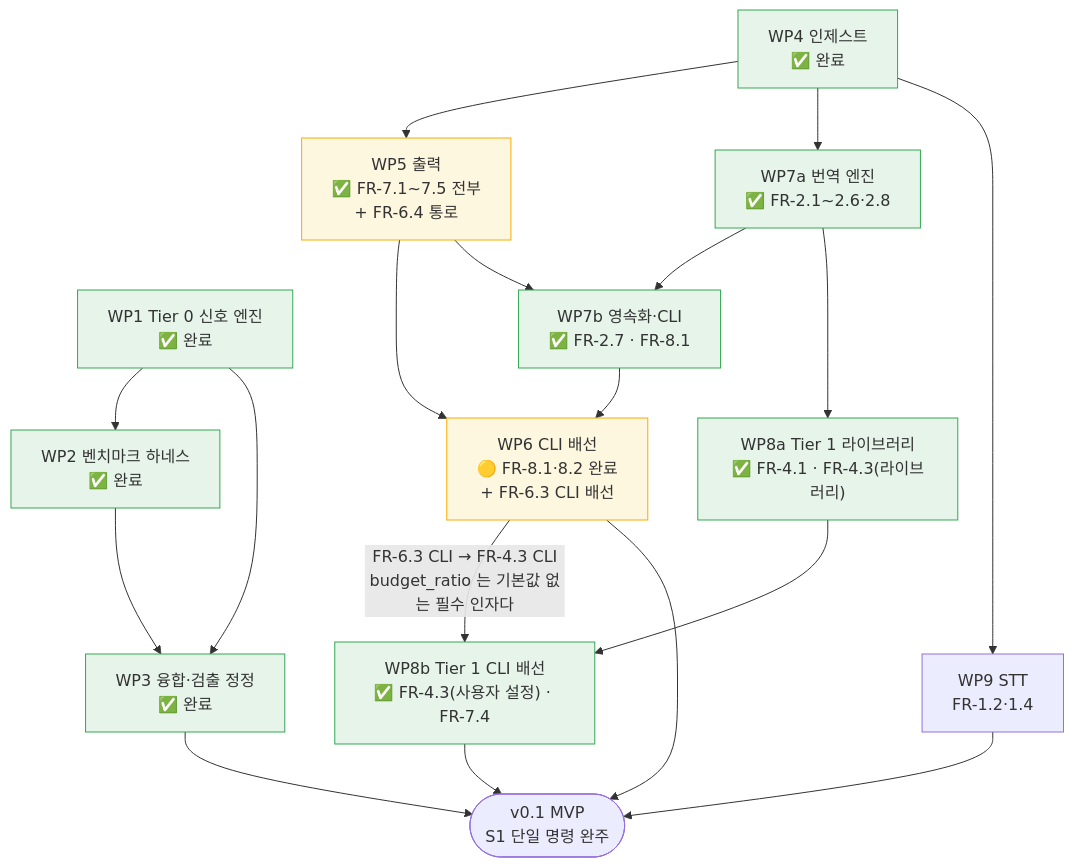
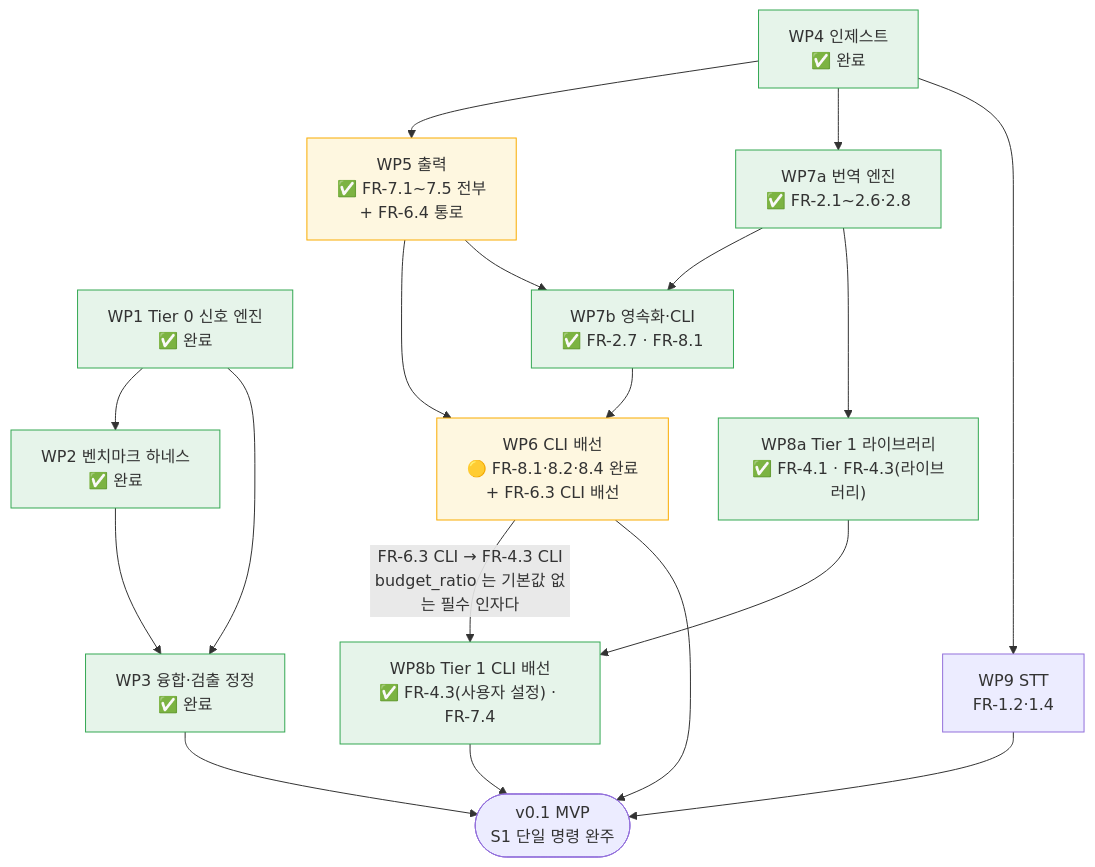
One commit to withwooyong/cuesift changed the diagram in docs/WBS.md. Above: the diagram before and after it, drawn with Mermaid. The commit also changed other lines of this file and 20 other files, not shown here.

````diff
--- a/docs/WBS.md
+++ b/docs/WBS.md
@@ -190,44 +204,44 @@
 ```mermaid
 flowchart TD
     WP1["WP1 Tier 0 신호 엔진<br/>✅ 완료"]
     WP2["WP2 벤치마크 하네스<br/>✅ 완료"]
     WP3["WP3 융합·검출 정정<br/>✅ 완료"]
     WP4["WP4 인제스트<br/>✅ 완료"]
     WP5["WP5 출력<br/>✅ FR-7.1~7.5 전부<br/>+ FR-6.4 통로"]
-    WP6["WP6 CLI 배선<br/>🟡 FR-8.1·8.2 완료<br/>+ FR-6.3 CLI 배선"]
+    WP6["WP6 CLI 배선<br/>🟡 FR-8.1·8.2·8.4 완료<br/>+ FR-6.3 CLI 배선"]
     WP7A["WP7a 번역 엔진<br/>✅ FR-2.1~2.6·2.8"]
     WP7B["WP7b 영속화·CLI<br/>✅ FR-2.7 · FR-8.1"]
     WP8A["WP8a Tier 1 라이브러리<br/>✅ FR-4.1 · FR-4.3(라이브러리)"]
     WP8B["WP8b Tier 1 CLI 배선<br/>✅ FR-4.3(사용자 설정) · FR-7.4"]
     WP9["WP9 STT<br/>FR-1.2·1.4"]
     V01(["v0.1 MVP<br/>S1 단일 명령 완주"])
 
     WP1 --> WP2
     WP1 --> WP3
     WP2 --> WP3
     WP4 --> WP5
     WP4 --> WP7A
     WP4 --> WP9
     WP5 --> WP6
     WP7A --> WP7B
     WP7A --> WP8A
     WP8A --> WP8B
     WP5 --> WP7B
     WP7B --> WP6
     WP6 -->|"FR-6.3 CLI → FR-4.3 CLI<br/>budget_ratio 는 기본값 없는 필수 인자다"| WP8B
     WP8B --> V01
     WP9 --> V01
     WP6 --> V01
     WP3 --> V01
 
     style WP1 fill:#e6f4ea,stroke:#34a853
     style WP2 fill:#e6f4ea,stroke:#34a853
     style WP3 fill:#e6f4ea,stroke:#34a853
     style WP4 fill:#e6f4ea,stroke:#34a853
     style WP7A fill:#e6f4ea,stroke:#34a853
     style WP7B fill:#e6f4ea,stroke:#34a853
     style WP8A fill:#e6f4ea,stroke:#34a853
     style WP8B fill:#e6f4ea,stroke:#34a853
     style WP5 fill:#fef7e0,stroke:#f9ab00
     style WP6 fill:#fef7e0,stroke:#f9ab00
 ```
````
